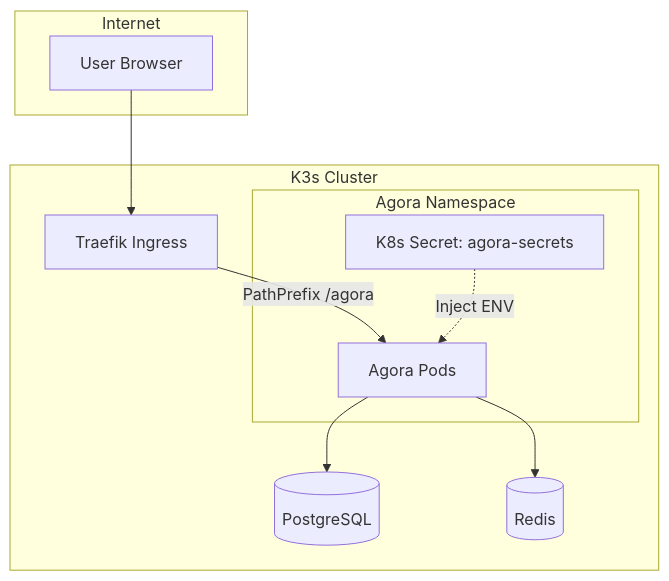
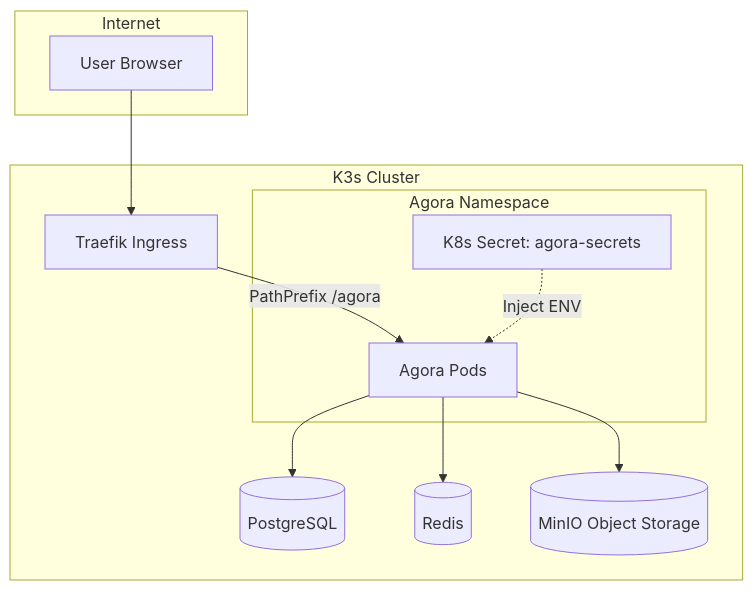
Before and after one commit to neoromantics/agora: the diagram in docs/MIGRATION.md, drawn with Mermaid. The commit also changed other lines of this file and 1 other file, not shown here.

Commit message:
docs: update documentation with MinIO, GitHub Actions secrets, and avatar fixes

````diff
--- a/docs/MIGRATION.md
+++ b/docs/MIGRATION.md
@@ -64,24 +64,26 @@
 ```mermaid
 graph TB
     subgraph Internet
         Client[User Browser]
     end
     
     subgraph K3s Cluster
         Traefik[Traefik Ingress]
         
         subgraph Agora Namespace
             Agora[Agora Pods]
             Secrets[K8s Secret: agora-secrets]
         end
         
         PostgreSQL[(PostgreSQL)]
         Redis[(Redis)]
+        MinIO[(MinIO Object Storage)]
     end
     
     Client --> Traefik
     Traefik -->|PathPrefix /agora| Agora
     Agora --> PostgreSQL
     Agora --> Redis
+    Agora --> MinIO
     Secrets -.->|Inject ENV| Agora
 ```
````
